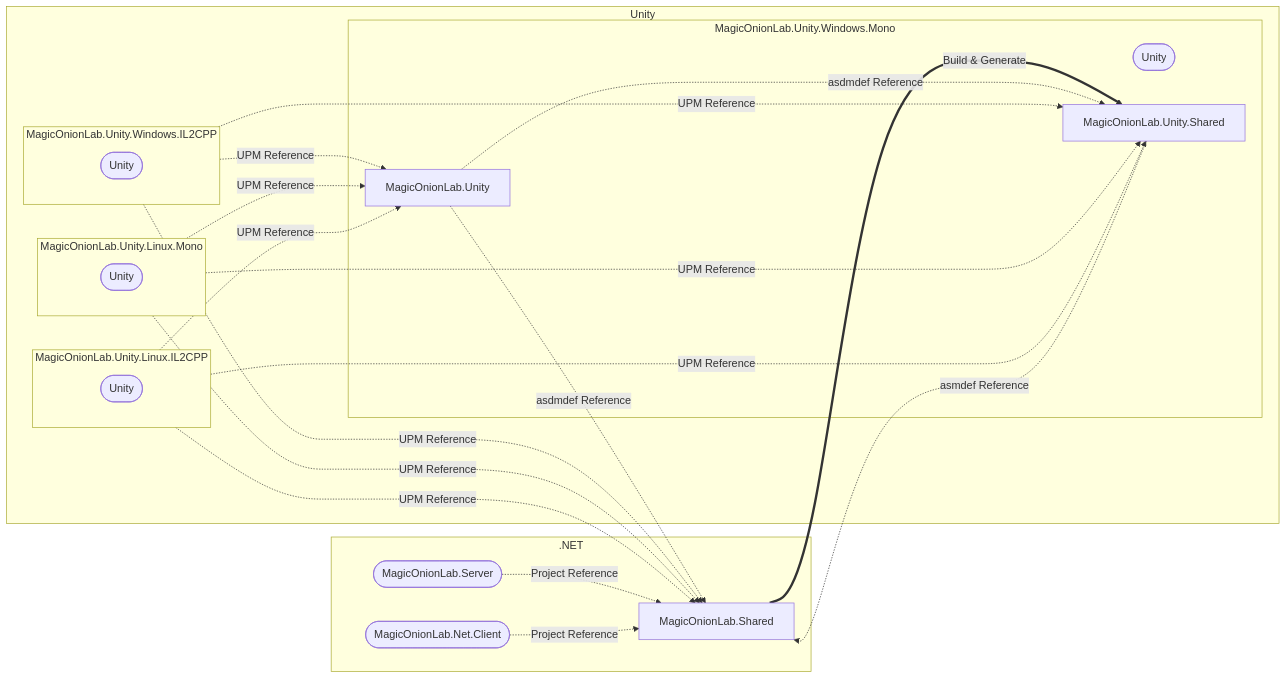
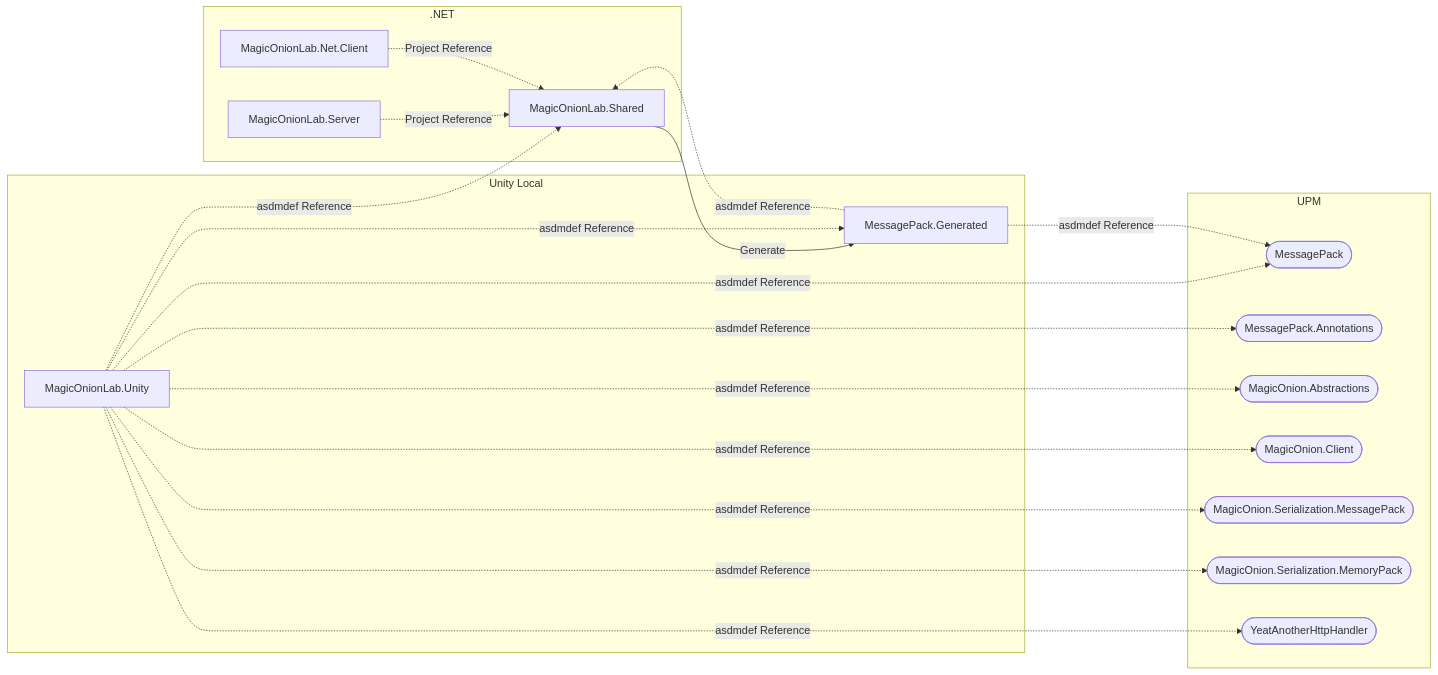
One commit to guitarrapc/MagicOnion-lab changed the first of 2 diagrams in README.md. Above: the diagram before and after it, drawn with Mermaid. The commit also changed other lines of this file, not shown here.

````diff
--- a/README.md
+++ b/README.md
@@ -41,37 +11,42 @@
 ```mermaid
 flowchart LR
 
   subgraph .NET
-    Client(["MagicOnionLab.Net.Client"])
-    Server(["MagicOnionLab.Server"])
+    Client["MagicOnionLab.Net.Client"]
+    Server["MagicOnionLab.Server"]
     Shared["MagicOnionLab.Shared"]
   end
 
-  subgraph Unity
-    subgraph UnityWinM[MagicOnionLab.Unity.Windows.Mono]
-      UnityWindowsMono(["Unity"])
-      MagicOnionLabUnity["MagicOnionLab.Unity"]
-      UnityShared["MagicOnionLab.Unity.Shared"]
-    end
-    subgraph UnityWinI[MagicOnionLab.Unity.Windows.IL2CPP]
-      UnityWindowsIl2cpp(["Unity"])
-    end
-    subgraph UnityLinM[MagicOnionLab.Unity.Linux.Mono]
-      UnityLinuxMono(["Unity"])
-    end
-    subgraph UnityLinI[MagicOnionLab.Unity.Linux.IL2CPP]
-      UnityLinuxIl2cpp(["Unity"])
-    end
+  subgraph Unity Local
+    MagicOnionLabUnity["MagicOnionLab.Unity"]
+    messagepackgenerated[MessagePack.Generated]
+  end
+
+  subgraph UPM
+    messagepack([MessagePack])
+    messagepackannotations([MessagePack.Annotations])
+    magiconionabstraction([MagicOnion.Abstractions])
+    magiconionclient([MagicOnion.Client])
+    magiconionserializationmessagepack([MagicOnion.Serialization.MessagePack])
+    magiconionserializationmemorypack([MagicOnion.Serialization.MemoryPack])
+    yetanotherhttphandler([YeatAnotherHttpHandler])
   end
 
   Server -.Project Reference.-> Shared
   Client -.Project Reference.-> Shared
-  Shared ==Build & Generate===> UnityShared
 
-  UnityShared -.asmdef Reference..-> Shared
+  Shared --Generate--> messagepackgenerated
 
-  MagicOnionLabUnity -.asdmdef Reference.-> Shared
-  MagicOnionLabUnity -.asdmdef Reference.-> UnityShared
+  MagicOnionLabUnity -.asdmdef Reference..-> Shared
+  MagicOnionLabUnity -.asdmdef Reference..-> messagepack
+  MagicOnionLabUnity -.asdmdef Reference..-> messagepackannotations
+  MagicOnionLabUnity -.asdmdef Reference..-> magiconionabstraction
+  MagicOnionLabUnity -.asdmdef Reference..-> magiconionclient
+  MagicOnionLabUnity -.asdmdef Reference..-> yetanotherhttphandler
+  MagicOnionLabUnity -.asdmdef Reference..-> magiconionserializationmessagepack
+  MagicOnionLabUnity -.asdmdef Reference..-> magiconionserializationmemorypack
+  MagicOnionLabUnity -.asdmdef Reference..-> messagepackgenerated
 
-  UnityWinI & UnityLinM & UnityLinI -.UPM Reference.-> Shared & UnityShared & MagicOnionLabUnity
+  messagepackgenerated -.asdmdef Reference..-> messagepack
+  messagepackgenerated -.asdmdef Reference..-> Shared
 ```
````
